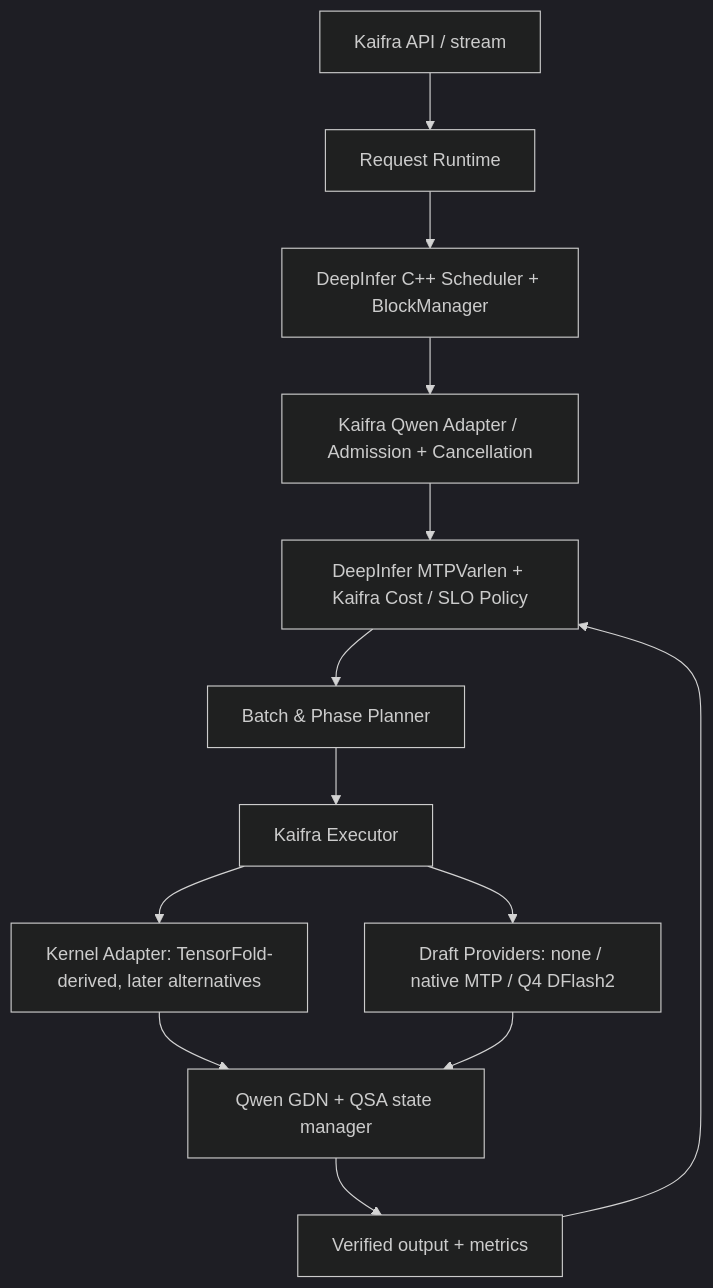
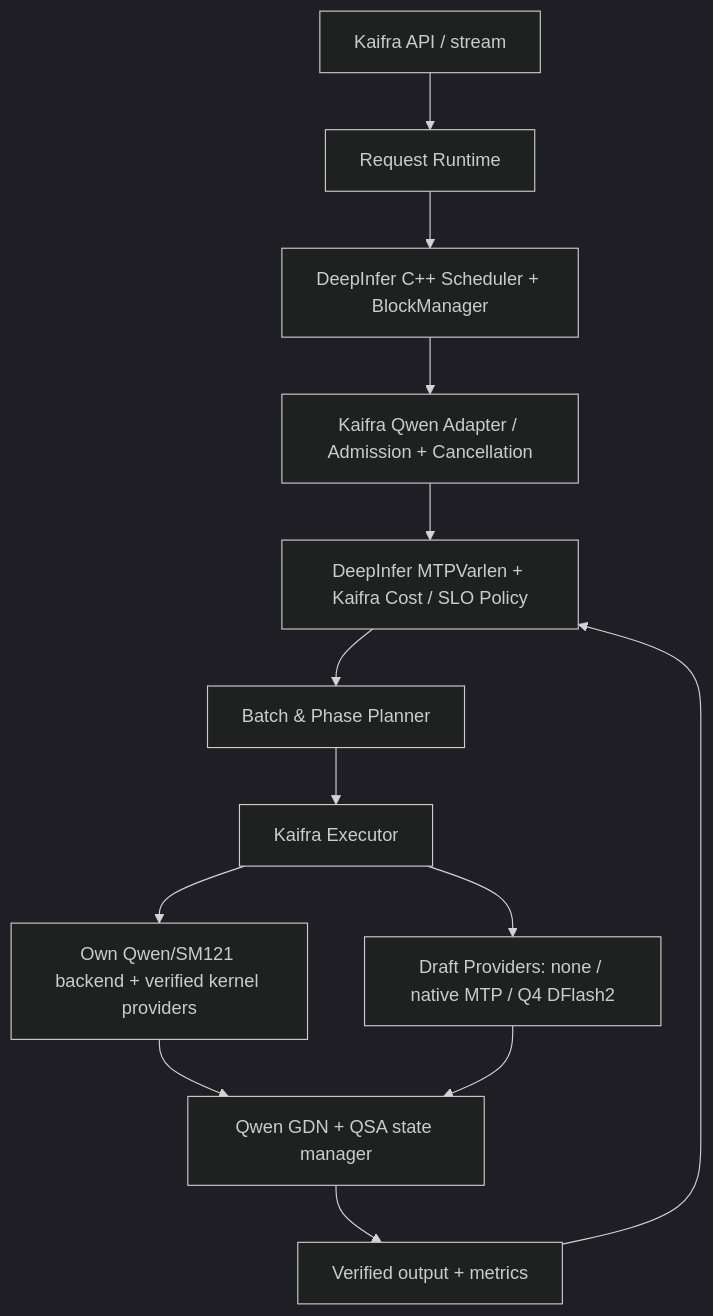
Before and after one commit to EdwinWang831/spark-infer-q: the diagram in docs/KAIFRA_IMPLEMENTATION_ROADMAP.md, drawn with Mermaid (dark theme). The commit also changed other lines of this file and 2 other files, not shown here.

Commit message:
Plan DeepInfer scheduling with an owned Qwen Spark backend

```diff
--- a/docs/KAIFRA_IMPLEMENTATION_ROADMAP.md
+++ b/docs/KAIFRA_IMPLEMENTATION_ROADMAP.md
@@ -27,15 +29,15 @@
 ~~~mermaid
 flowchart TD
     API["Kaifra API / stream"] --> R["Request Runtime"]
     R --> DS["DeepInfer C++ Scheduler + BlockManager"]
     DS --> AD["Kaifra Qwen Adapter / Admission + Cancellation"]
     AD --> CP["DeepInfer MTPVarlen + Kaifra Cost / SLO Policy"]
     CP --> BP["Batch & Phase Planner"]
     BP --> EX["Kaifra Executor"]
-    EX --> KP["Kernel Adapter: TensorFold-derived, later alternatives"]
+    EX --> KP["Own Qwen/SM121 backend + verified kernel providers"]
     EX --> DP["Draft Providers: none / native MTP / Q4 DFlash2"]
     KP --> ST["Qwen GDN + QSA state manager"]
     DP --> ST
     ST --> OUT["Verified output + metrics"]
     OUT --> CP
 ~~~
```
